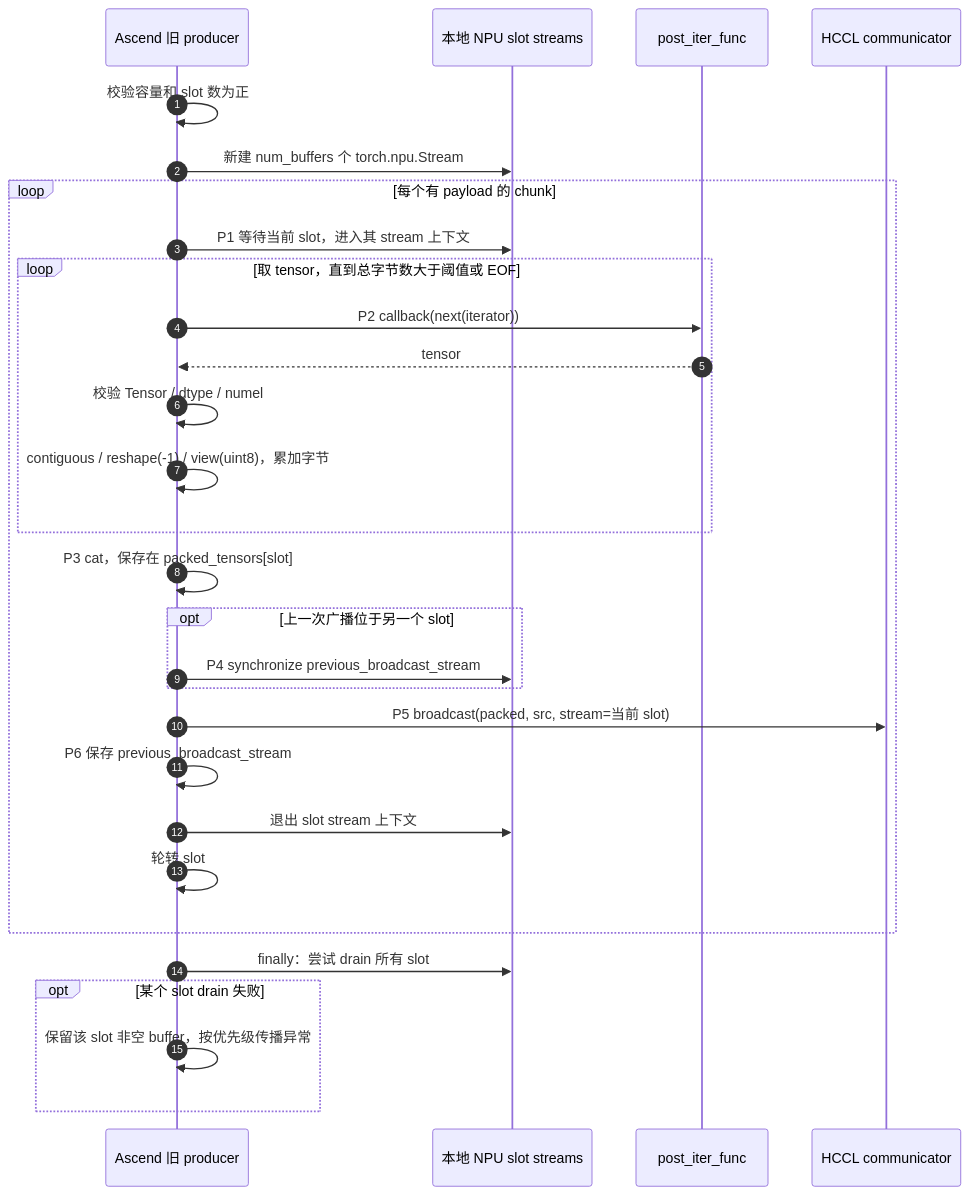
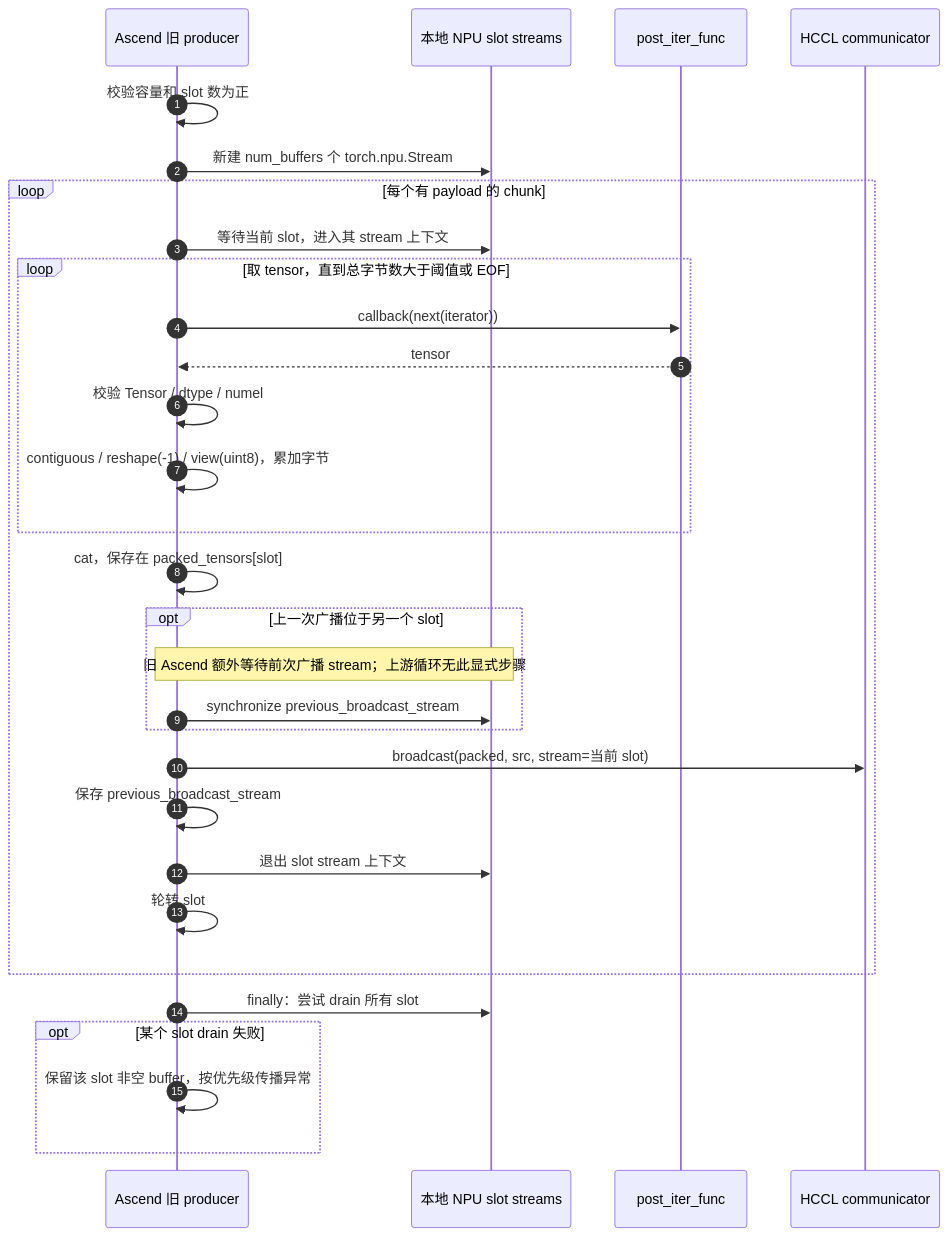
Before and after one commit to Liccol/ref-doc: the second of 9 diagrams in vllm/weight-transfer/packed-tensor-design.md, drawn with Mermaid. The commit also changed other lines of this file and 5 other files, not shown here.

````diff
--- a/vllm/weight-transfer/packed-tensor-design.md
+++ b/vllm/weight-transfer/packed-tensor-design.md
@@ -66,31 +66,32 @@
 ```mermaid
 sequenceDiagram
     autonumber
     participant L as Ascend 旧 producer
     participant S as 本地 NPU slot streams
     participant F as post_iter_func
     participant G as HCCL communicator
     L->>L: 校验容量和 slot 数为正
     L->>S: 新建 num_buffers 个 torch.npu.Stream
     loop 每个有 payload 的 chunk
-        L->>S: P1 等待当前 slot，进入其 stream 上下文
+        L->>S: 等待当前 slot，进入其 stream 上下文
         loop 取 tensor，直到总字节数大于阈值或 EOF
-            L->>F: P2 callback(next(iterator))
+            L->>F: callback(next(iterator))
             F-->>L: tensor
             L->>L: 校验 Tensor / dtype / numel
             L->>L: contiguous / reshape(-1) / view(uint8)，累加字节
         end
-        L->>L: P3 cat，保存在 packed_tensors[slot]
+        L->>L: cat，保存在 packed_tensors[slot]
         opt 上一次广播位于另一个 slot
-            L->>S: P4 synchronize previous_broadcast_stream
+            Note over L,S: 旧 Ascend 额外等待前次广播 stream；上游循环无此显式步骤
+            L->>S: synchronize previous_broadcast_stream
         end
-        L->>G: P5 broadcast(packed, src, stream=当前 slot)
-        L->>L: P6 保存 previous_broadcast_stream
+        L->>G: broadcast(packed, src, stream=当前 slot)
+        L->>L: 保存 previous_broadcast_stream
         L->>S: 退出 slot stream 上下文
         L->>L: 轮转 slot
     end
     L->>S: finally：尝试 drain 所有 slot
     opt 某个 slot drain 失败
         L->>L: 保留该 slot 非空 buffer，按优先级传播异常
     end
 ```
````
